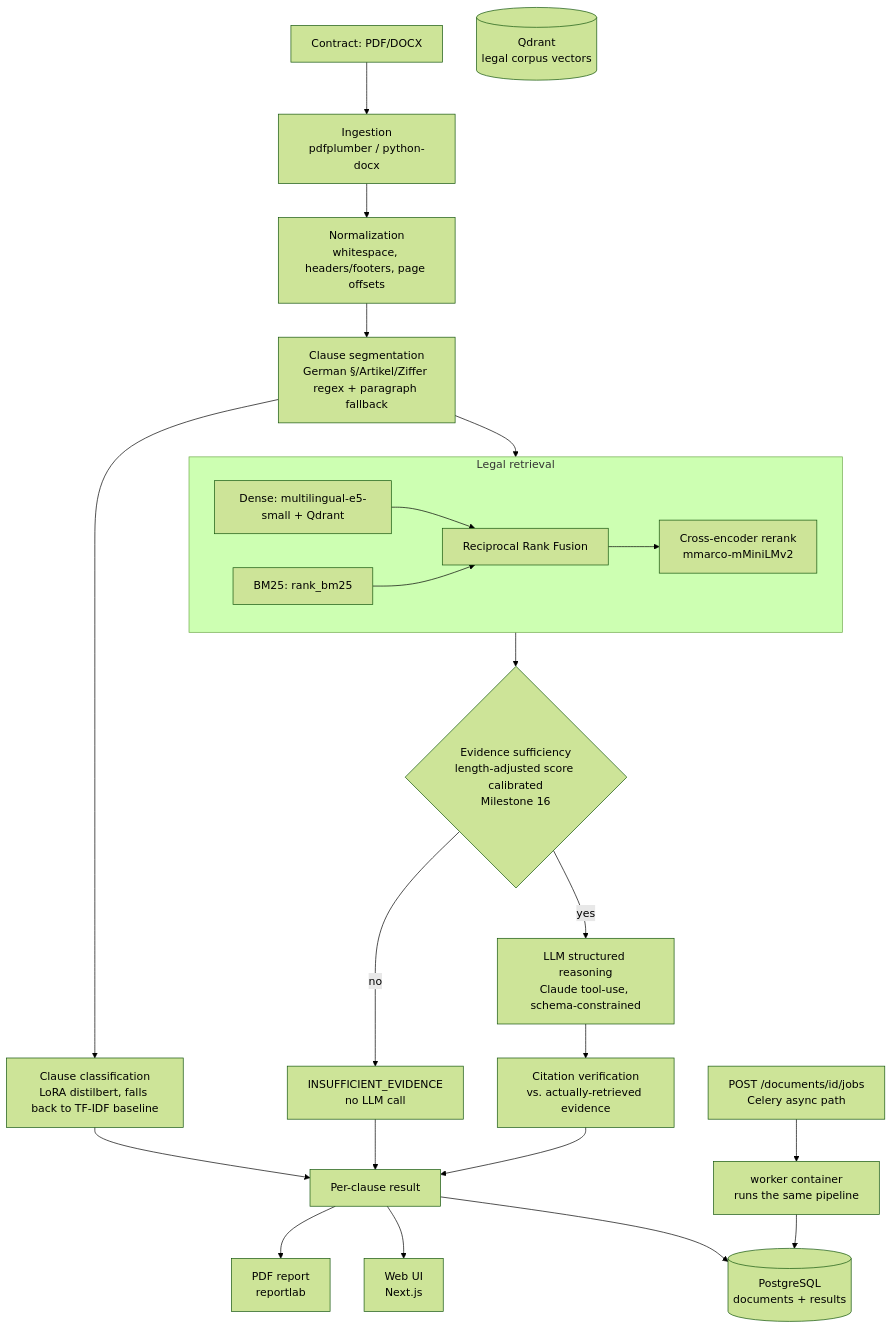
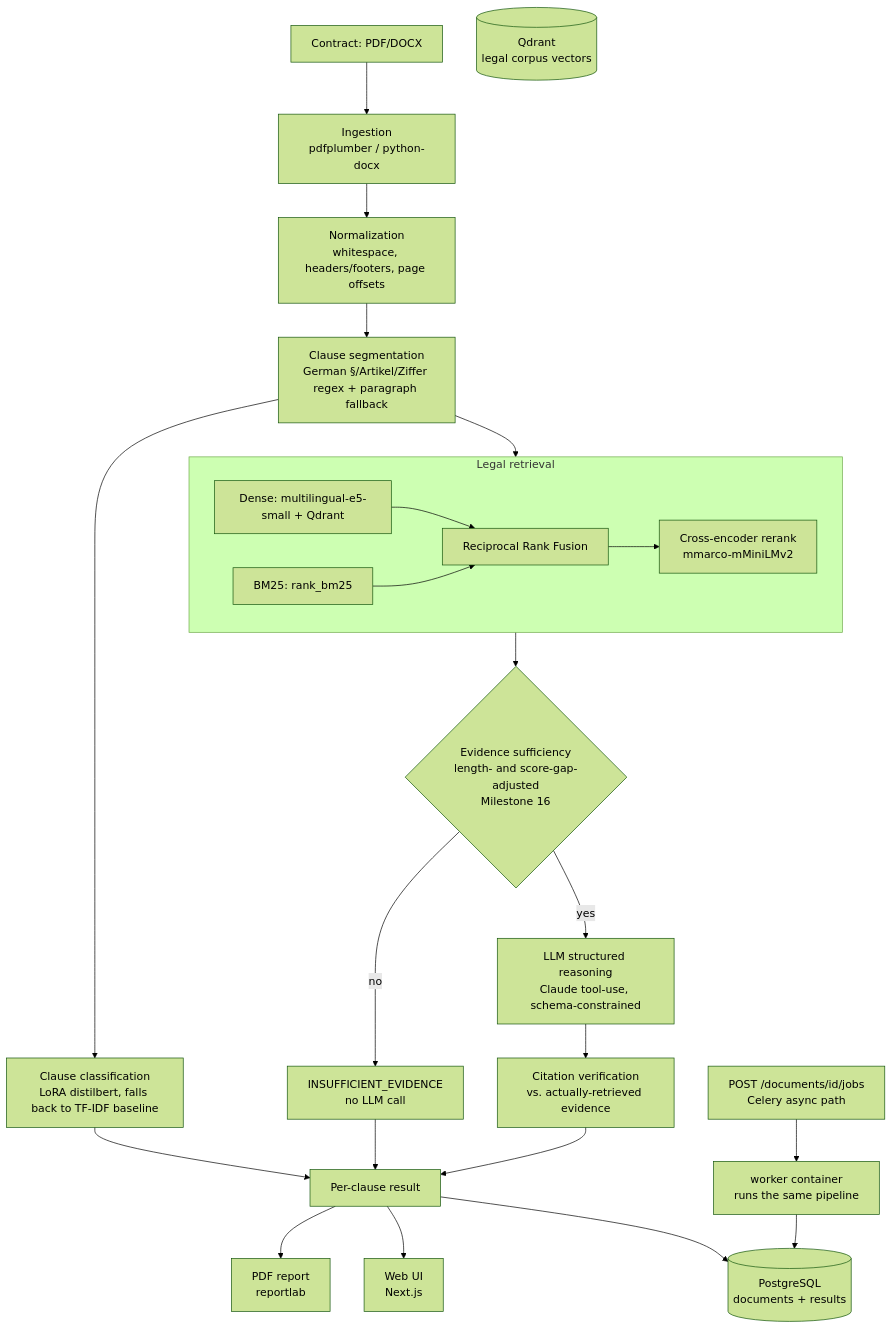
The diagram in README.md (nithya-prakash/ClauseGuard), drawn with Mermaid (forest theme) before and after one commit. The commit also changed other lines of this file and 12 other files, not shown here.

````diff
--- a/README.md
+++ b/README.md
@@ -62,30 +77,30 @@
 ```mermaid
 flowchart TD
     A[Contract: PDF/DOCX] --> B[Ingestion<br/>pdfplumber / python-docx]
     B --> C[Normalization<br/>whitespace, headers/footers, page offsets]
     C --> D[Clause segmentation<br/>German §/Artikel/Ziffer regex + paragraph fallback]
     D --> E[Clause classification<br/>LoRA distilbert, falls back to TF-IDF baseline]
     D --> F[Legal retrieval]
     subgraph F[Legal retrieval]
         F1[Dense: multilingual-e5-small + Qdrant]
         F2[BM25: rank_bm25]
         F1 --> F3[Reciprocal Rank Fusion]
         F2 --> F3
         F3 --> F4[Cross-encoder rerank<br/>mmarco-mMiniLMv2]
     end
-    F --> G{Evidence sufficiency<br/>length-adjusted score calibrated<br/>Milestone 16}
+    F --> G{Evidence sufficiency<br/>length- and score-gap-adjusted<br/>Milestone 16}
     G -- no --> H[INSUFFICIENT_EVIDENCE<br/>no LLM call]
     G -- yes --> I[LLM structured reasoning<br/>Claude tool-use, schema-constrained]
     I --> J[Citation verification<br/>vs. actually-retrieved evidence]
     E --> K[Per-clause result]
     H --> K
     J --> K
     K --> L[PDF report<br/>reportlab]
     K --> M[Web UI<br/>Next.js]
     K --> N[(PostgreSQL<br/>documents + results)]
 
     O[(Qdrant<br/>legal corpus vectors)]
     P[POST /documents/id/jobs<br/>Celery async path]
     Q[worker container<br/>runs the same pipeline]
     P --> Q --> N
 ```
````
